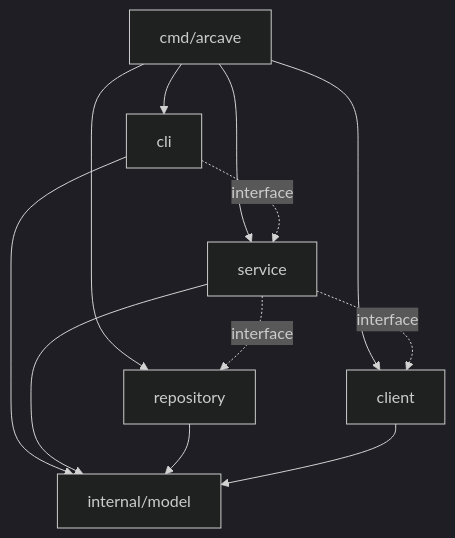
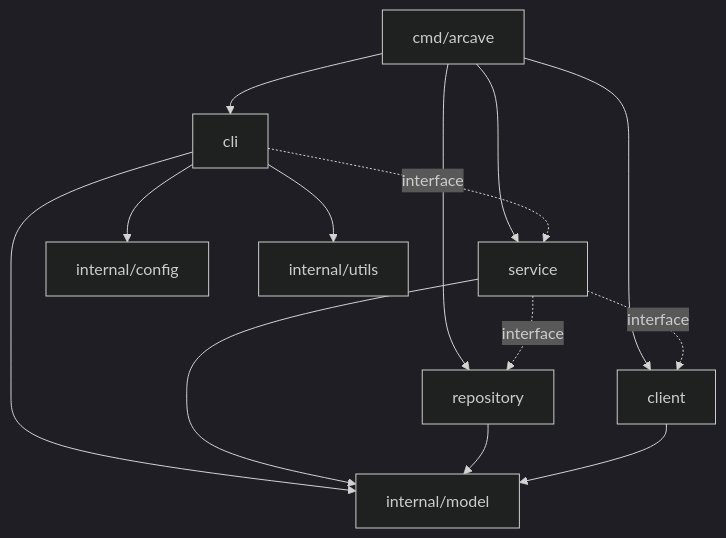
Before and after one commit to GreenmaskIO/arcave: the diagram in CONTRIBUTING.md, drawn with Mermaid (dark theme). The commit also changed other lines of this file and 45 other files, not shown here.

````diff
--- a/CONTRIBUTING.md
+++ b/CONTRIBUTING.md
@@ -66,14 +71,16 @@
 ```mermaid
 flowchart TD
     cmd[cmd/arcave] --> cli
     cmd --> service
     cmd --> repository
     cmd --> client
     cli -. interface .-> service
     service -. interface .-> repository
     service -. interface .-> client
     cli --> model[internal/model]
+    cli --> config[internal/config]
+    cli --> utils[internal/utils]
     service --> model
     repository --> model
     client --> model
 ```
````
